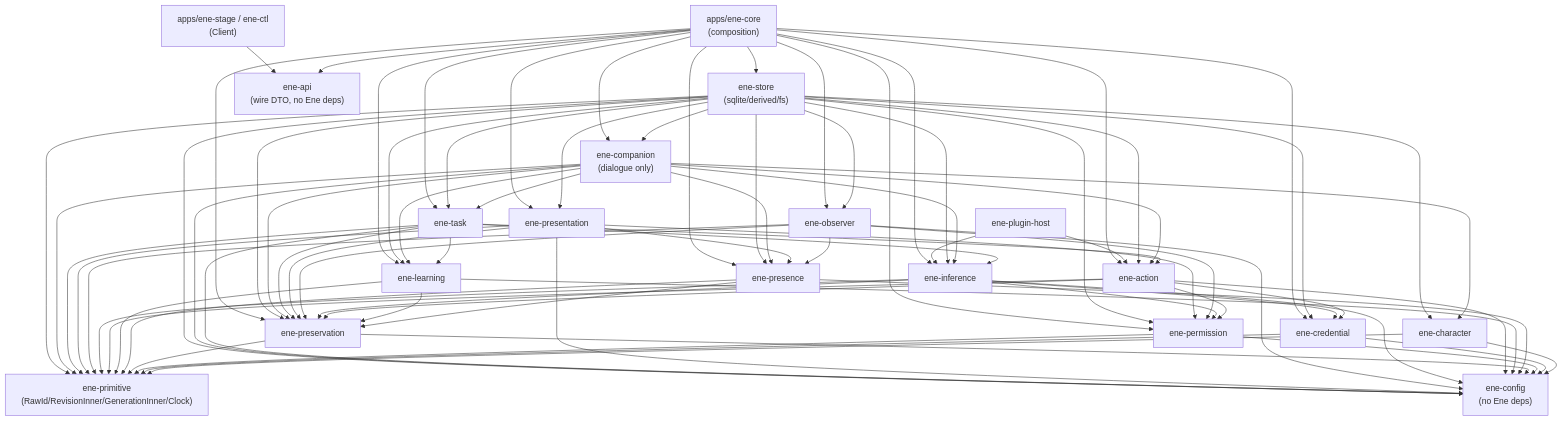
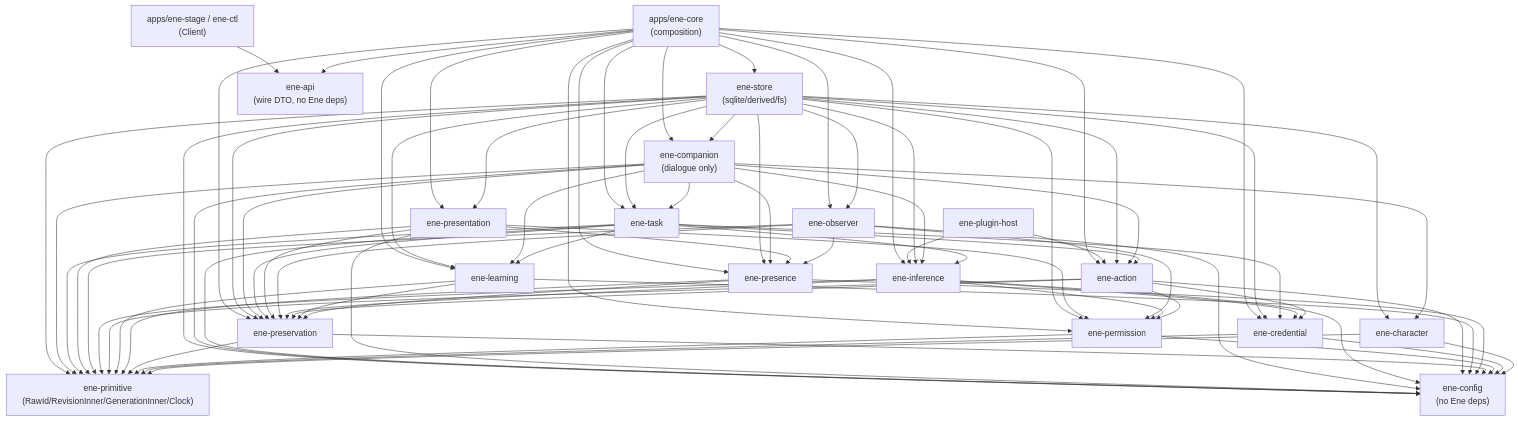
One commit to pexisgle/ene changed the diagram in docs/design/concrete/crate-module-decomposition.md. Above: the diagram before and after it, drawn with Mermaid. The commit also changed other lines of this file and 5 other files, not shown here.

```diff
--- a/docs/design/concrete/crate-module-decomposition.md
+++ b/docs/design/concrete/crate-module-decomposition.md
@@ -325,6 +325,7 @@
   task --> learn
   task --> action
   task --> infer
+  task --> cred
   task --> presv
   comp --> prim
   comp --> cfg
```
